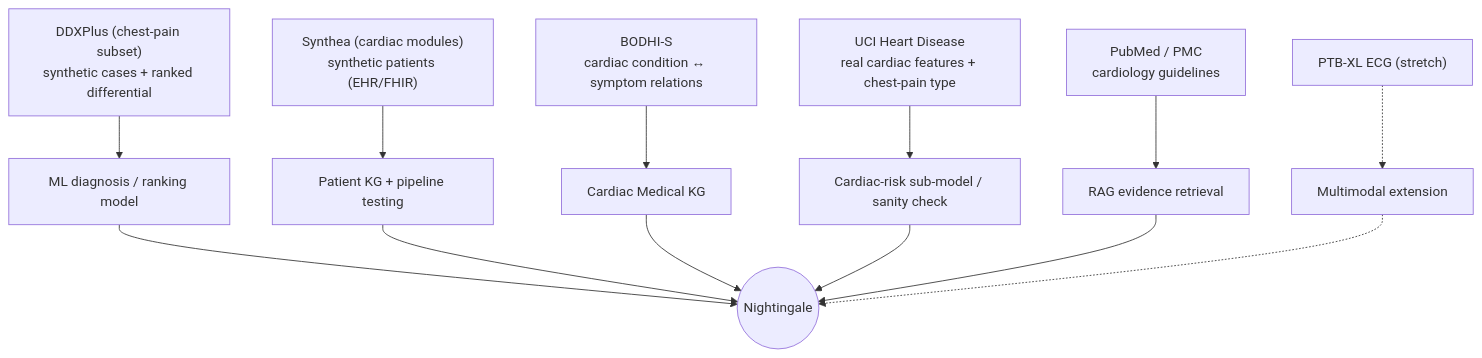
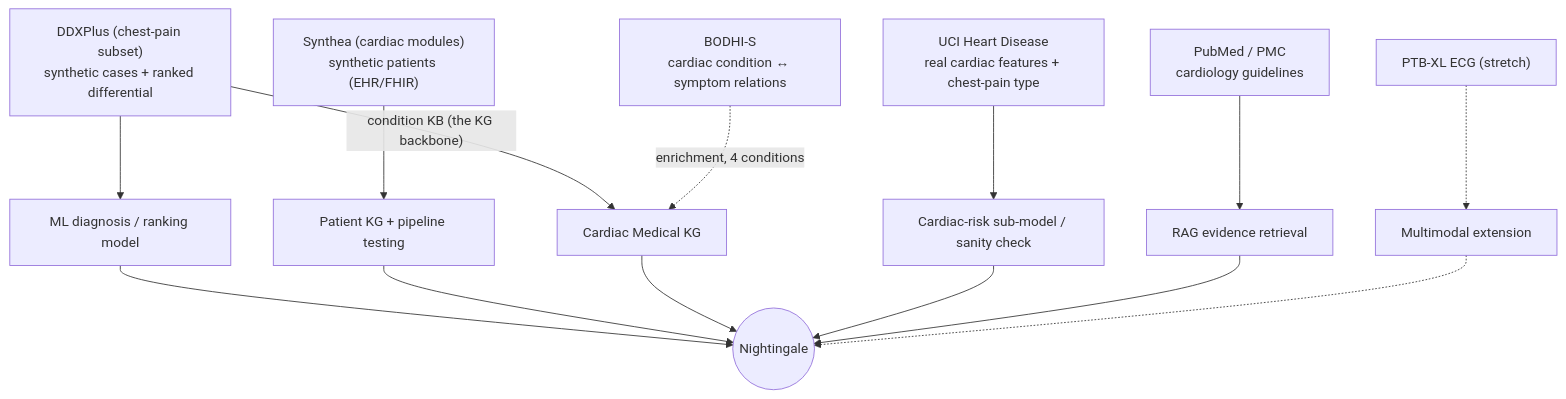
The third of 4 diagrams in README.md (HarshRohila02/nightingale), drawn with Mermaid before and after one commit. The commit also changed other lines of this file and 18 other files, not shown here.

````diff
--- a/README.md
+++ b/README.md
@@ -215,16 +220,17 @@
 ```mermaid
 flowchart TD
     DDX["DDXPlus (chest-pain subset)<br/>synthetic cases + ranked differential"] --> MLC["ML diagnosis / ranking model"]
     SYN["Synthea (cardiac modules)<br/>synthetic patients (EHR/FHIR)"] --> PKGC["Patient KG + pipeline testing"]
-    BOD["BODHI-S<br/>cardiac condition ↔ symptom relations"] --> MKGC["Cardiac Medical KG"]
+    DDX -- "condition KB (the KG backbone)" --> MKGC["Cardiac Medical KG"]
+    BOD["BODHI-S<br/>cardiac condition ↔ symptom relations"] -. "enrichment, 4 conditions" .-> MKGC
     UCI["UCI Heart Disease<br/>real cardiac features + chest-pain type"] --> RISKC["Cardiac-risk sub-model / sanity check"]
     PUB["PubMed / PMC<br/>cardiology guidelines"] --> RAGC["RAG evidence retrieval"]
     PTB["PTB-XL ECG (stretch)"] -.-> MULTI["Multimodal extension"]
 
     MLC --> SYS(("Nightingale"))
     PKGC --> SYS
     MKGC --> SYS
     RISKC --> SYS
     RAGC --> SYS
     MULTI -.-> SYS
 ```
````
